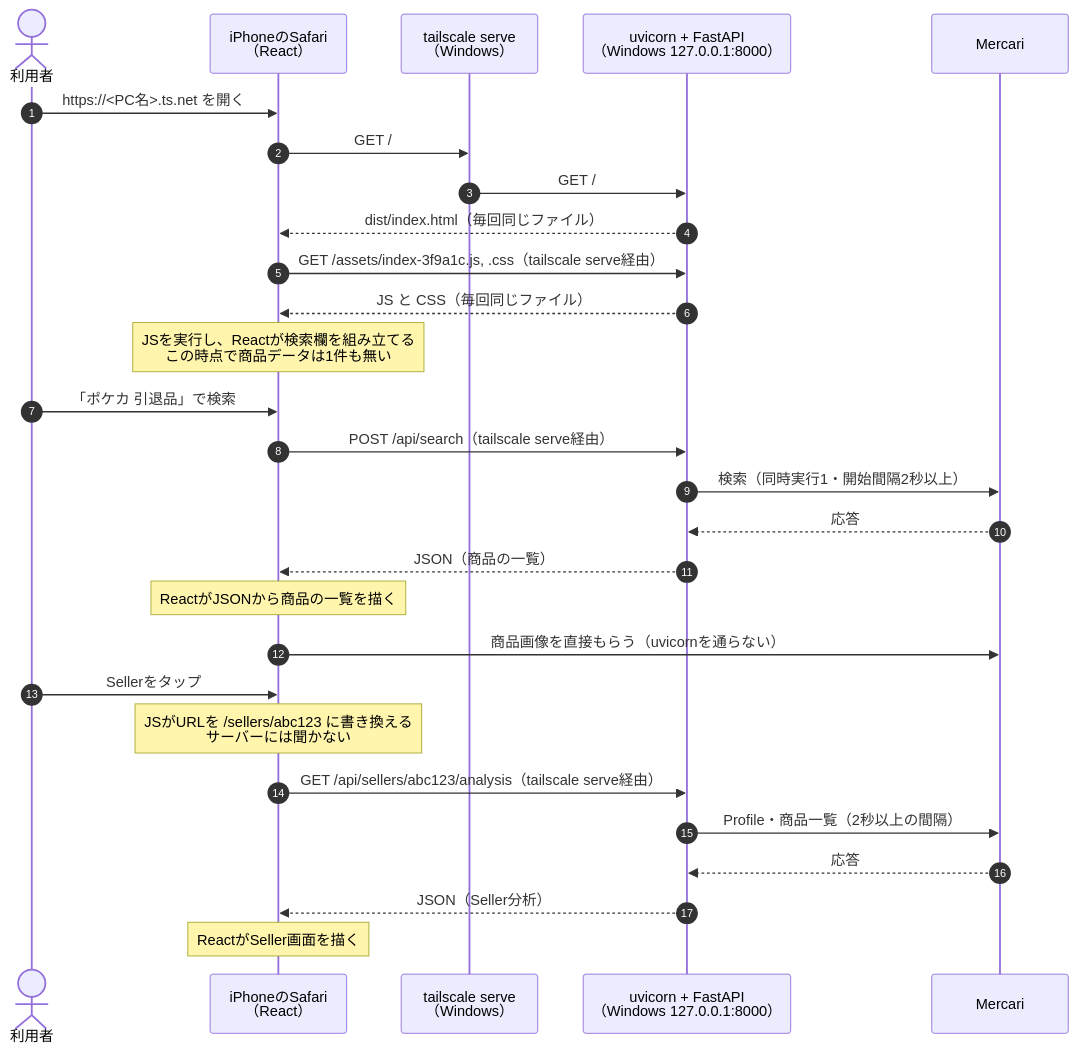
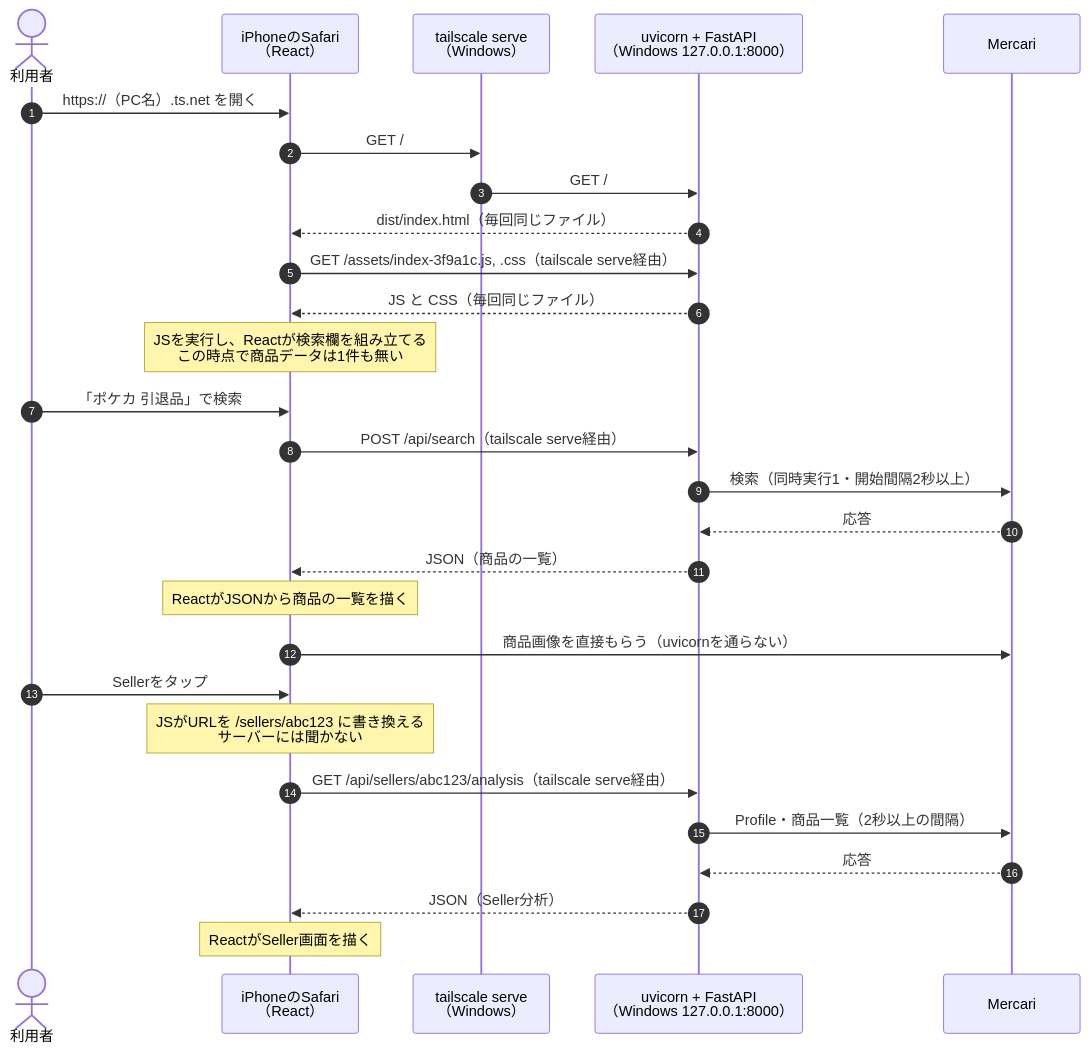
The fourth of 8 diagrams in docs/questions/2026-11-08-who-builds-the-screen.md (mgmaru/card-digger), drawn with Mermaid before and after one commit. The commit also changed other lines of this file, not shown here.

````diff
--- a/docs/questions/2026-11-08-who-builds-the-screen.md
+++ b/docs/questions/2026-11-08-who-builds-the-screen.md
@@ -213,33 +214,33 @@
 ```mermaid
 sequenceDiagram
     autonumber
     actor User as 利用者
     participant B as iPhoneのSafari<br/>（React）
     participant T as tailscale serve<br/>（Windows）
     participant U as uvicorn + FastAPI<br/>（Windows 127.0.0.1:8000）
     participant M as Mercari
 
-    User->>B: https://<PC名>.ts.net を開く
+    User->>B: https://（PC名）.ts.net を開く
     B->>T: GET /
     T->>U: GET /
     U-->>B: dist/index.html（毎回同じファイル）
     B->>U: GET /assets/index-3f9a1c.js, .css（tailscale serve経由）
     U-->>B: JS と CSS（毎回同じファイル）
     Note over B: JSを実行し、Reactが検索欄を組み立てる<br/>この時点で商品データは1件も無い
 
     User->>B: 「ポケカ 引退品」で検索
     B->>U: POST /api/search（tailscale serve経由）
     U->>M: 検索（同時実行1・開始間隔2秒以上）
     M-->>U: 応答
     U-->>B: JSON（商品の一覧）
     Note over B: ReactがJSONから商品の一覧を描く
     B->>M: 商品画像を直接もらう（uvicornを通らない）
 
     User->>B: Sellerをタップ
     Note over B: JSがURLを /sellers/abc123 に書き換える<br/>サーバーには聞かない
     B->>U: GET /api/sellers/abc123/analysis（tailscale serve経由）
     U->>M: Profile・商品一覧（2秒以上の間隔）
     M-->>U: 応答
     U-->>B: JSON（Seller分析）
     Note over B: ReactがSeller画面を描く
 ```
````
